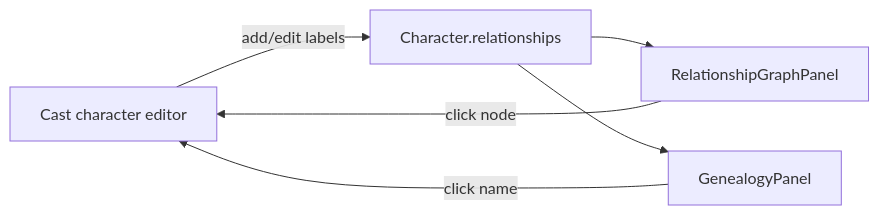
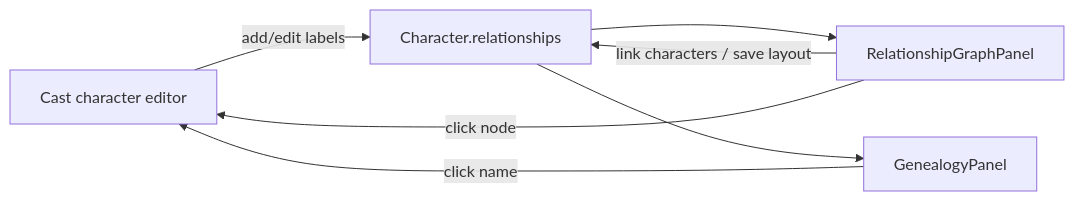
The diagram in app/docs/RELATIONSHIPS.md (emirikol1/Novel-OS), drawn with Mermaid before and after one commit. The commit also changed other lines of this file and 50 other files, not shown here.

````diff
--- a/app/docs/RELATIONSHIPS.md
+++ b/app/docs/RELATIONSHIPS.md
@@ -31,13 +40,14 @@
 ```mermaid
 flowchart LR
     Cast["Cast character editor"]
     State["Character.relationships"]
     Graph["RelationshipGraphPanel"]
     Tree["GenealogyPanel"]
 
     Cast -->|"add/edit labels"| State
     State --> Graph
     State --> Tree
+    Graph -->|"link characters / save layout"| State
     Graph -->|"click node"| Cast
     Tree -->|"click name"| Cast
 ```
````
